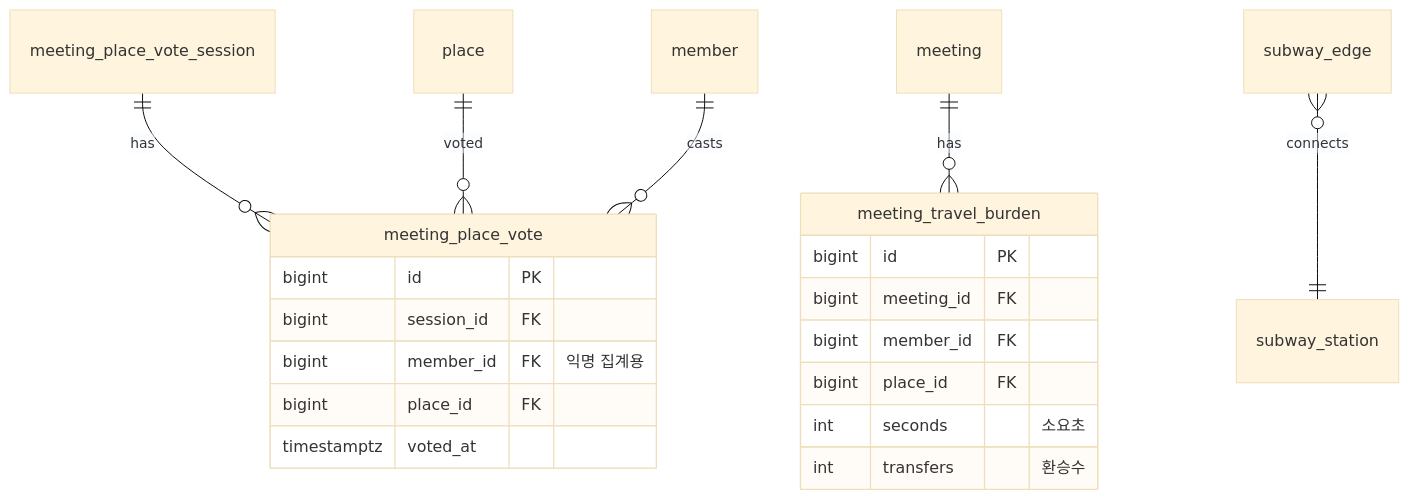
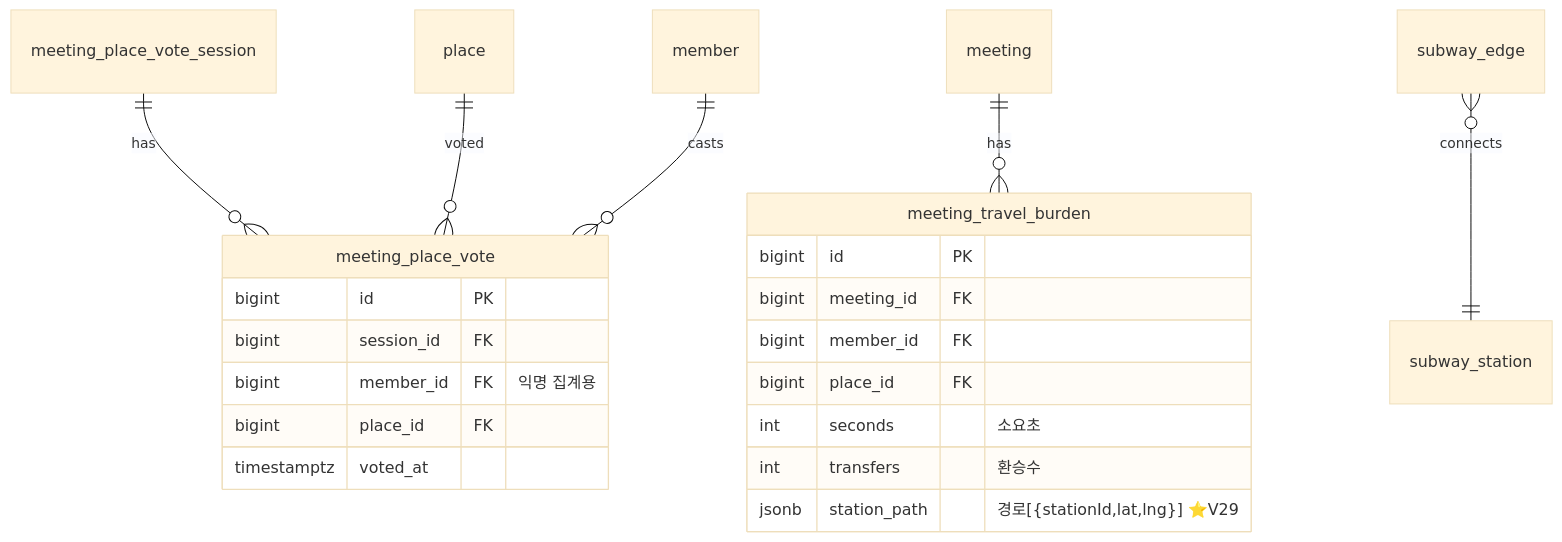
The diagram in aidlc-docs/construction/review/fc12/erd.md (DDD-Community/DDD-13-IOS2-Server), drawn with Mermaid (base theme) before and after one commit. The commit also changed other lines of this file and 23 other files, not shown here.

````diff
--- a/aidlc-docs/construction/review/fc12/erd.md
+++ b/aidlc-docs/construction/review/fc12/erd.md
@@ -3,24 +3,25 @@
 ```mermaid
 erDiagram
     meeting_place_vote_session ||--o{ meeting_place_vote : has
     place ||--o{ meeting_place_vote : voted
     member ||--o{ meeting_place_vote : casts
     meeting ||--o{ meeting_travel_burden : has
     subway_edge }o--|| subway_station : connects
 
     meeting_place_vote {
         bigint id PK
         bigint session_id FK
         bigint member_id FK "익명 집계용"
         bigint place_id FK
         timestamptz voted_at
     }
     meeting_travel_burden {
         bigint id PK
         bigint meeting_id FK
         bigint member_id FK
         bigint place_id FK
         int seconds "소요초"
         int transfers "환승수"
+        jsonb station_path "경로[{stationId,lat,lng}] ⭐V29"
     }
 ```
````
